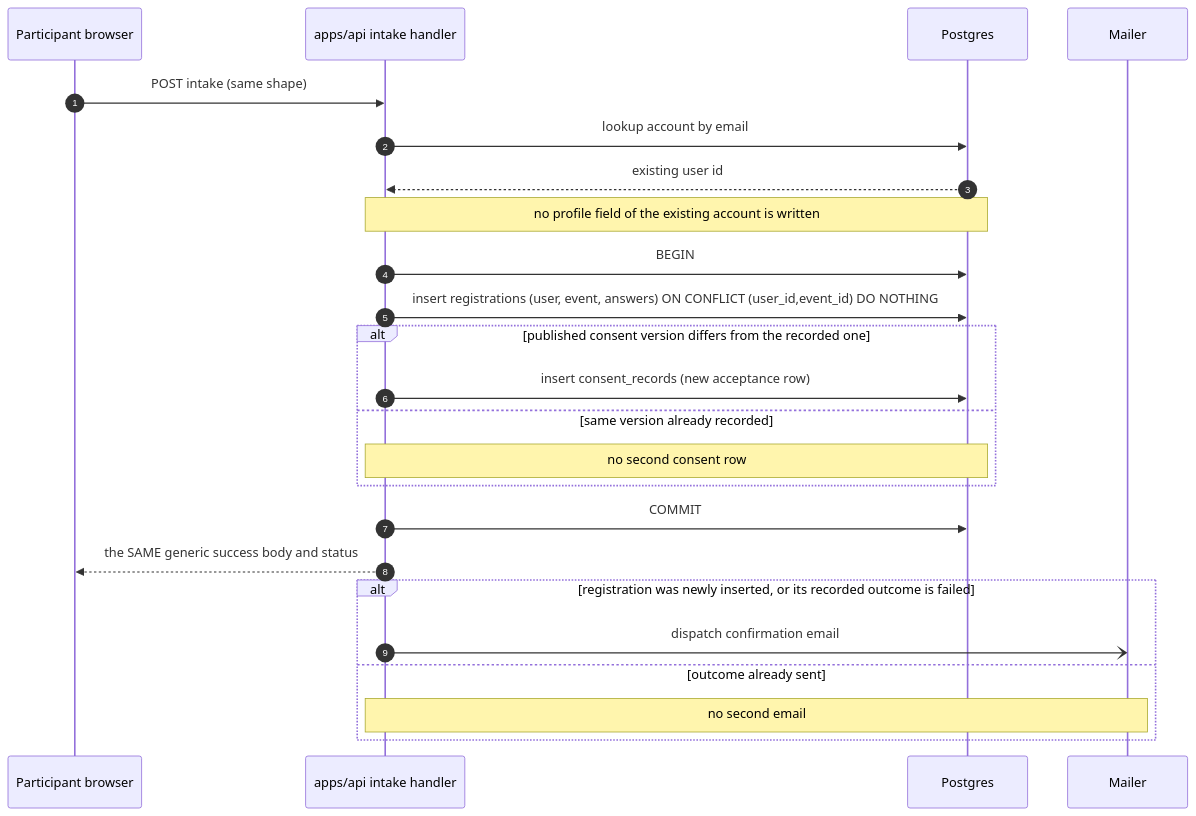
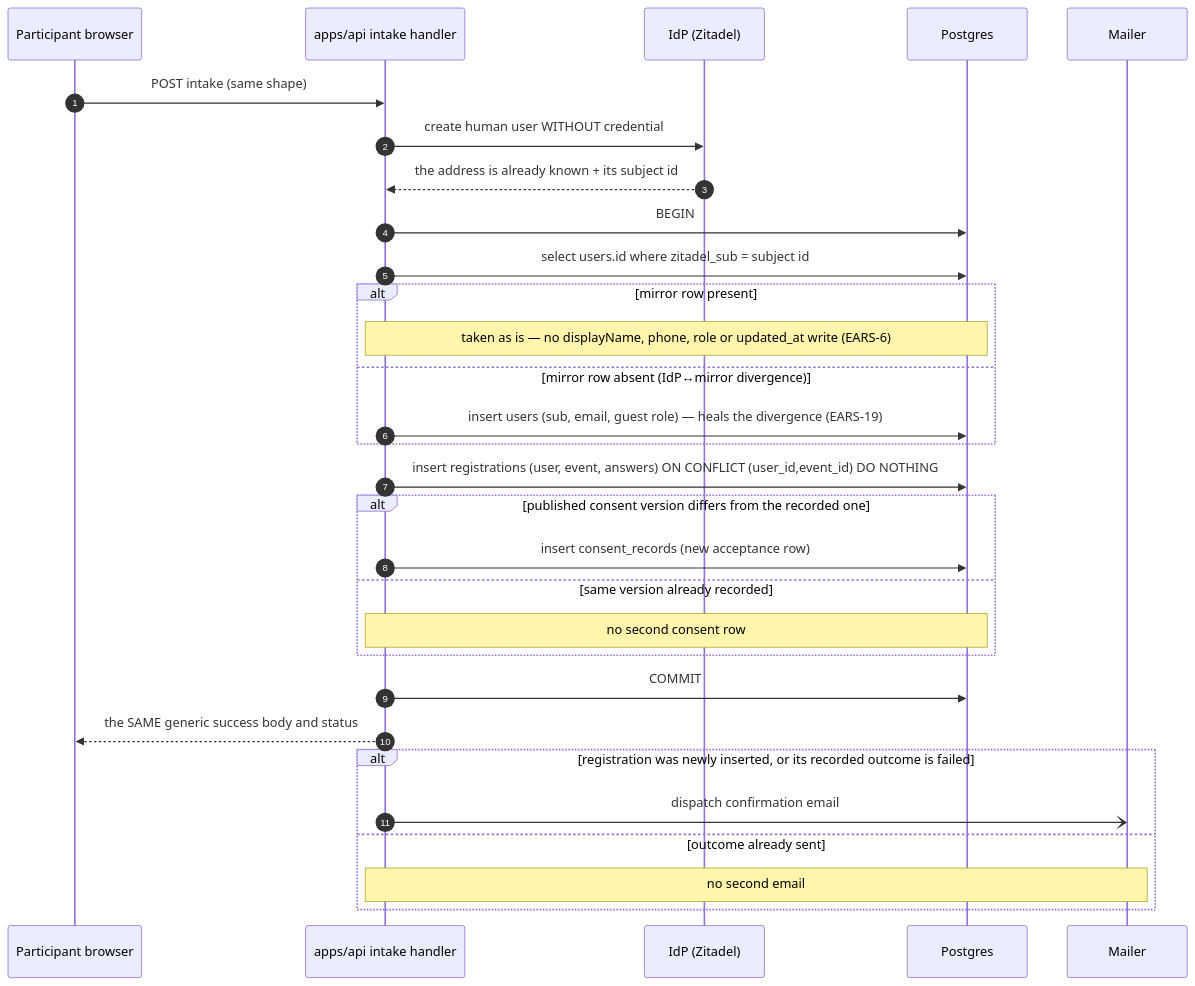
One commit to doctor-school/ds-platform changed the second of 5 diagrams in apps/docs/content/specs/features/044-congress-signup/044-design.md. Above: the diagram before and after it, drawn with Mermaid. The commit also changed other lines of this file and 23 other files, not shown here.

First line of the commit message:
feat(2299): 044 congress sign-up — existing-email intake (slice 3: EARS-6/7/8) (#2342)

````diff
--- a/apps/docs/content/specs/features/044-congress-signup/044-design.md
+++ b/apps/docs/content/specs/features/044-congress-signup/044-design.md
@@ -73,27 +71,33 @@
 ```mermaid
 sequenceDiagram
     autonumber
     participant V as Participant browser
     participant A as apps/api intake handler
+    participant I as IdP (Zitadel)
     participant D as Postgres
     participant M as Mailer
 
     V->>A: POST intake (same shape)
-    A->>D: lookup account by email
-    D-->>A: existing user id
-    Note over A,D: no profile field of the existing account is written
+    A->>I: create human user WITHOUT credential
+    I-->>A: the address is already known + its subject id
     A->>D: BEGIN
+    A->>D: select users.id where zitadel_sub = subject id
+    alt mirror row present
+        Note over A,D: taken as is — no displayName, phone, role or updated_at write (EARS-6)
+    else mirror row absent (IdP↔mirror divergence)
+        A->>D: insert users (sub, email, guest role) — heals the divergence (EARS-19)
+    end
     A->>D: insert registrations (user, event, answers) ON CONFLICT (user_id,event_id) DO NOTHING
     alt published consent version differs from the recorded one
         A->>D: insert consent_records (new acceptance row)
     else same version already recorded
         Note over A,D: no second consent row
     end
     A->>D: COMMIT
     A-->>V: the SAME generic success body and status
     alt registration was newly inserted, or its recorded outcome is failed
         A-)M: dispatch confirmation email
     else outcome already sent
         Note over A,M: no second email
     end
 ```
````
